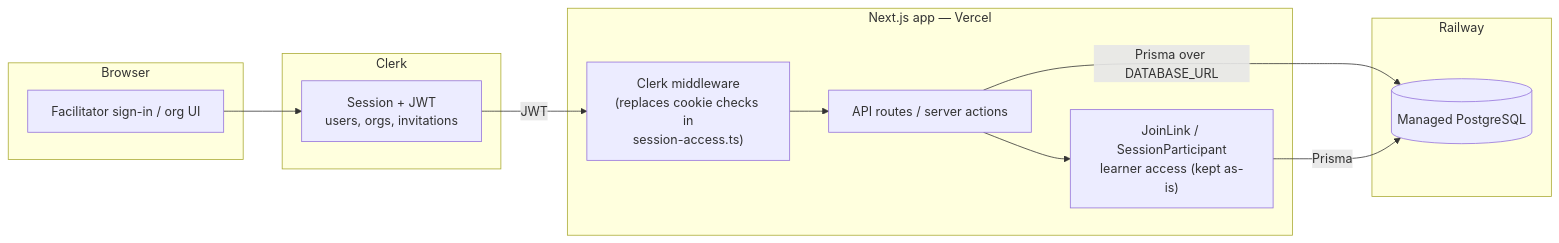
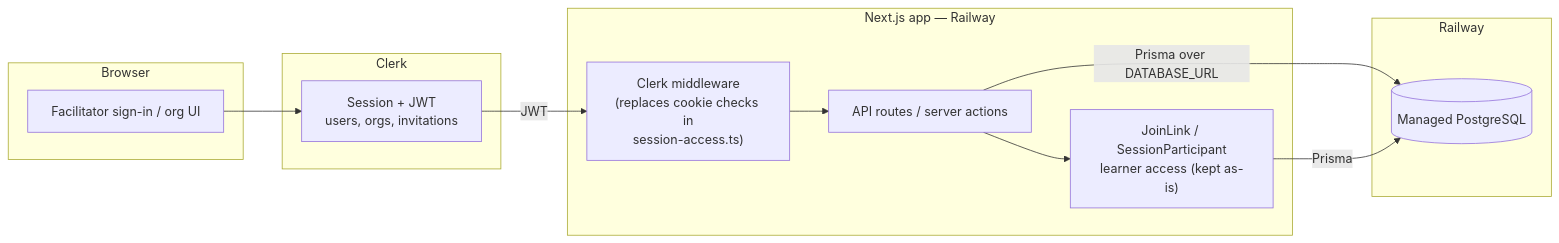
One commit to pulkitchowdry/cross_lingual_remote_workshop_facilitation changed the first of 2 diagrams in docs/AUTH_DATABASE_ARCHITECTURE.md. Above: the diagram before and after it, drawn with Mermaid. The commit also changed other lines of this file and 19 other files, not shown here.

````diff
--- a/docs/AUTH_DATABASE_ARCHITECTURE.md
+++ b/docs/AUTH_DATABASE_ARCHITECTURE.md
@@ -29,27 +29,27 @@
 ```mermaid
 flowchart LR
     subgraph Browser
         UI["Facilitator sign-in / org UI"]
     end
 
     subgraph Clerk[Clerk]
         Auth["Session + JWT\nusers, orgs, invitations"]
     end
 
-    subgraph App[Next.js app — Vercel]
+    subgraph App[Next.js app — Railway]
         MW["Clerk middleware\n(replaces cookie checks in\nsession-access.ts)"]
         API["API routes / server actions"]
         Legacy["JoinLink / SessionParticipant\nlearner access (kept as-is)"]
     end
 
     subgraph Railway[Railway]
         PG[("Managed PostgreSQL")]
     end
 
     UI --> Auth
     Auth -->|JWT| MW
     MW --> API
     API -->|Prisma over DATABASE_URL| PG
     Legacy -->|Prisma| PG
     API --> Legacy
 ```
````
